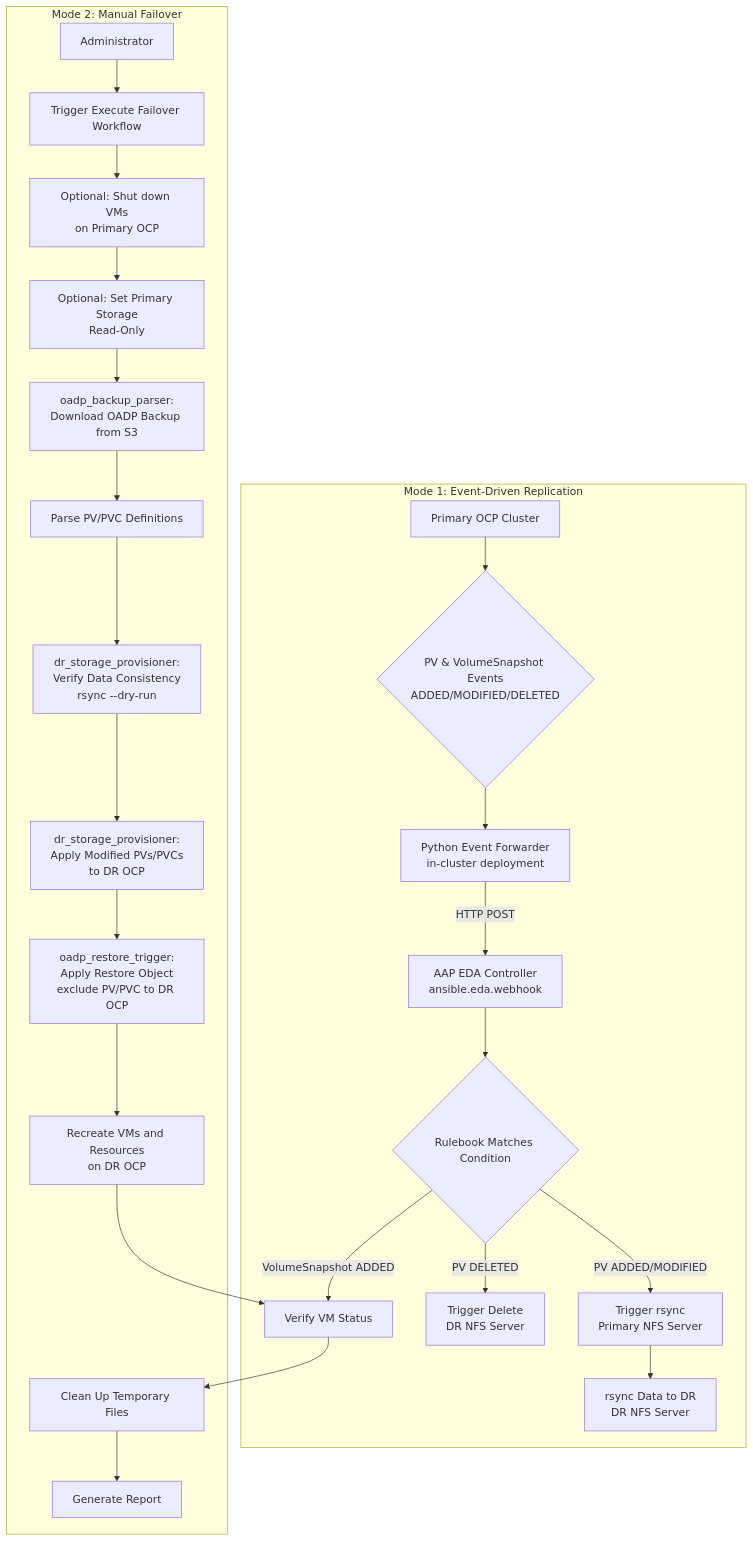
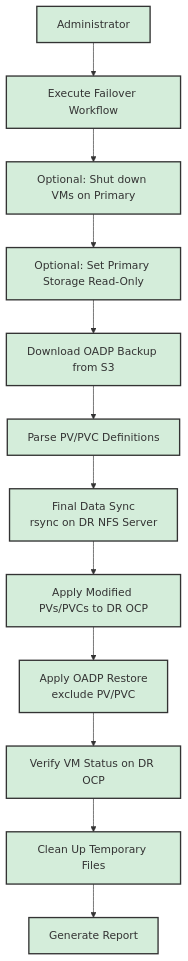
Before and after one commit to wangzheng422/ansible-dr-demo: the second of 2 diagrams in planning/ansible-dr-design.md, drawn with Mermaid. The commit also changed other lines of this file, not shown here.

````diff
--- a/planning/ansible-dr-design.md
+++ b/planning/ansible-dr-design.md
@@ -20,28 +46,27 @@
 ```mermaid
 graph TD
-    subgraph Mode 1: Event-Driven Replication
-        A[Primary OCP Cluster] --> B{PV & VolumeSnapshot Events<br>ADDED/MODIFIED/DELETED};
-        B --> C[Python Event Forwarder<br>in-cluster deployment];
-        C -- HTTP POST --> D[AAP EDA Controller<br>ansible.eda.webhook];
-        D --> E{Rulebook Matches Condition};
-        E -- PV ADDED/MODIFIED --> F[Trigger rsync<br>Primary NFS Server];
-        F --> G[rsync Data to DR<br>DR NFS Server];
-        E -- PV DELETED --> H[Trigger Delete<br>DR NFS Server];
-        E -- VolumeSnapshot ADDED --> S[Trigger Snapshot Sync Logic];
-    end
+    I[Administrator] --> J[Execute Failover Workflow];
+    J --> K[Optional: Shut down VMs on Primary];
+    K --> L[Optional: Set Primary Storage Read-Only];
+    L --> M[Download OADP Backup from S3];
+    M --> N[Parse PV/PVC Definitions];
+    N --> O[Final Data Sync<br>rsync on DR NFS Server];
+    O --> P[Apply Modified PVs/PVCs to DR OCP];
+    P --> Q[Apply OADP Restore<br>exclude PV/PVC];
+    Q --> R[Verify VM Status on DR OCP];
+    R --> T[Clean Up Temporary Files];
+    T --> U[Generate Report];
 
-    subgraph Mode 2: Manual Failover
-        I[Administrator] --> J[Trigger Execute Failover Workflow];
-        J --> K[Optional: Shut down VMs<br>on Primary OCP];
-        K --> L[Optional: Set Primary Storage<br>Read-Only];
-        L --> M[oadp_backup_parser:<br>Download OADP Backup from S3];
-        M --> N[Parse PV/PVC Definitions];
-        N --> O[dr_storage_provisioner:<br>Verify Data Consistency<br>rsync --dry-run];
-        O --> P[dr_storage_provisioner:<br>Apply Modified PVs/PVCs<br>to DR OCP];
-        P --> Q[oadp_restore_trigger:<br>Apply Restore Object<br>exclude PV/PVC to DR OCP];
-        Q --> R[Recreate VMs and Resources<br>on DR OCP];
-        R --> S[Verify VM Status];
-        S --> T[Clean Up Temporary Files];
-        T --> U[Generate Report];
-    end
+    style I fill:#d4edda,stroke:#333,stroke-width:2px
+    style J fill:#d4edda,stroke:#333,stroke-width:2px
+    style K fill:#d4edda,stroke:#333,stroke-width:2px
+    style L fill:#d4edda,stroke:#333,stroke-width:2px
+    style M fill:#d4edda,stroke:#333,stroke-width:2px
+    style N fill:#d4edda,stroke:#333,stroke-width:2px
+    style O fill:#d4edda,stroke:#333,stroke-width:2px
+    style P fill:#d4edda,stroke:#333,stroke-width:2px
+    style Q fill:#d4edda,stroke:#333,stroke-width:2px
+    style R fill:#d4edda,stroke:#333,stroke-width:2px
+    style T fill:#d4edda,stroke:#333,stroke-width:2px
+    style U fill:#d4edda,stroke:#333,stroke-width:2px
 ```
````
